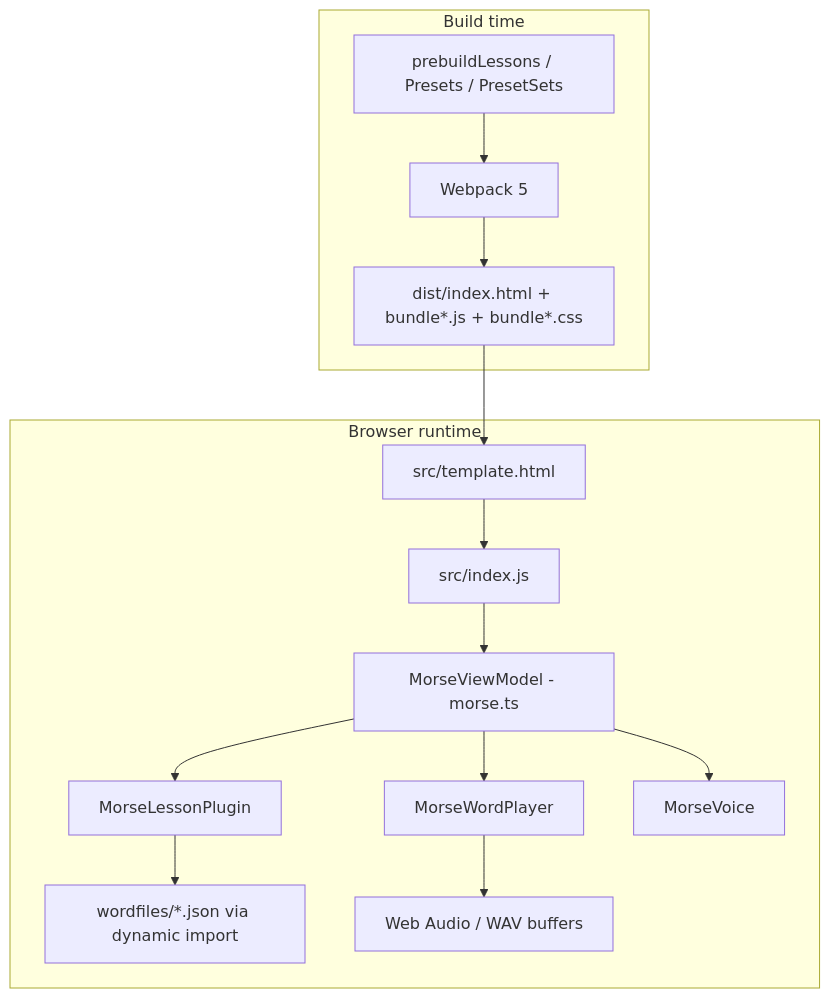
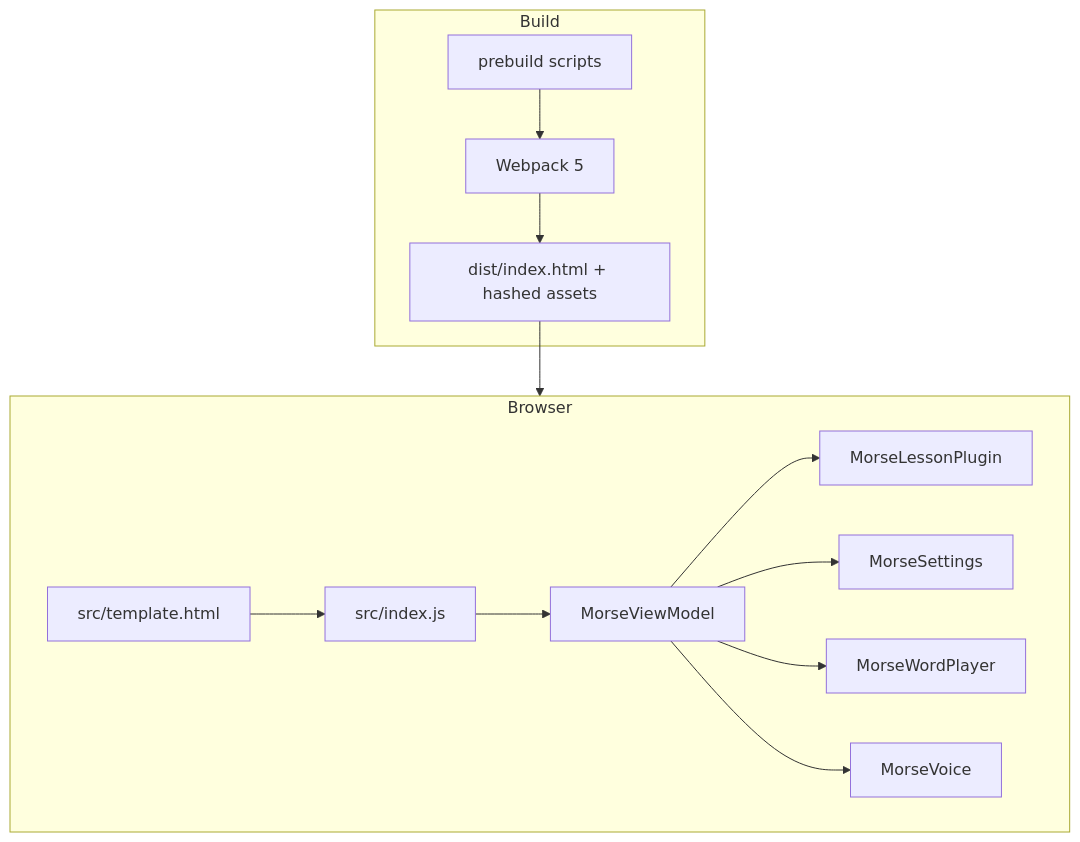
The first of 4 diagrams in docs/DEVELOPER_GUIDE.md (LongIslandCW/morsebrowser), drawn with Mermaid before and after one commit. The commit also changed other lines of this file and 14 other files, not shown here.

Commit message:
Enhance playback controls with keyboard shortcuts for play, pause, and stop functionality. Update the MorseViewModel to manage playback state and focus behavior. Adjust tests to validate new shortcut interactions and ensure consistent playback control visibility.

````diff
--- a/docs/DEVELOPER_GUIDE.md
+++ b/docs/DEVELOPER_GUIDE.md
@@ -30,23 +17,26 @@
 ```mermaid
 flowchart TB
-  subgraph buildTime [Build time]
-    PRE[prebuildLessons / Presets / PresetSets]
+  subgraph build [Build]
+    PRE[prebuild scripts]
     WP[Webpack 5]
-    DIST["dist/index.html + bundle*.js + bundle*.css"]
+    DIST[dist/index.html + hashed assets]
     PRE --> WP --> DIST
   end
 
-  subgraph browser [Browser runtime]
+  subgraph browser [Browser]
+    ENTRY[src/index.js]
+    VM[MorseViewModel]
     TPL[src/template.html]
-    IDX[src/index.js]
-    VM[MorseViewModel - morse.ts]
-    TPL --> IDX --> VM
-    VM --> LES[MorseLessonPlugin]
-    VM --> PLR[MorseWordPlayer]
-    VM --> VOX[MorseVoice]
-    LES --> WF["wordfiles/*.json via dynamic import"]
-    PLR --> AUD[Web Audio / WAV buffers]
+    LES[MorseLessonPlugin]
+    SET[MorseSettings]
+    PLAY[MorseWordPlayer]
+    VOICE[MorseVoice]
+    TPL --> ENTRY --> VM
+    VM --> LES
+    VM --> SET
+    VM --> PLAY
+    VM --> VOICE
   end
 
-  DIST --> TPL
+  DIST --> browser
 ```
````
